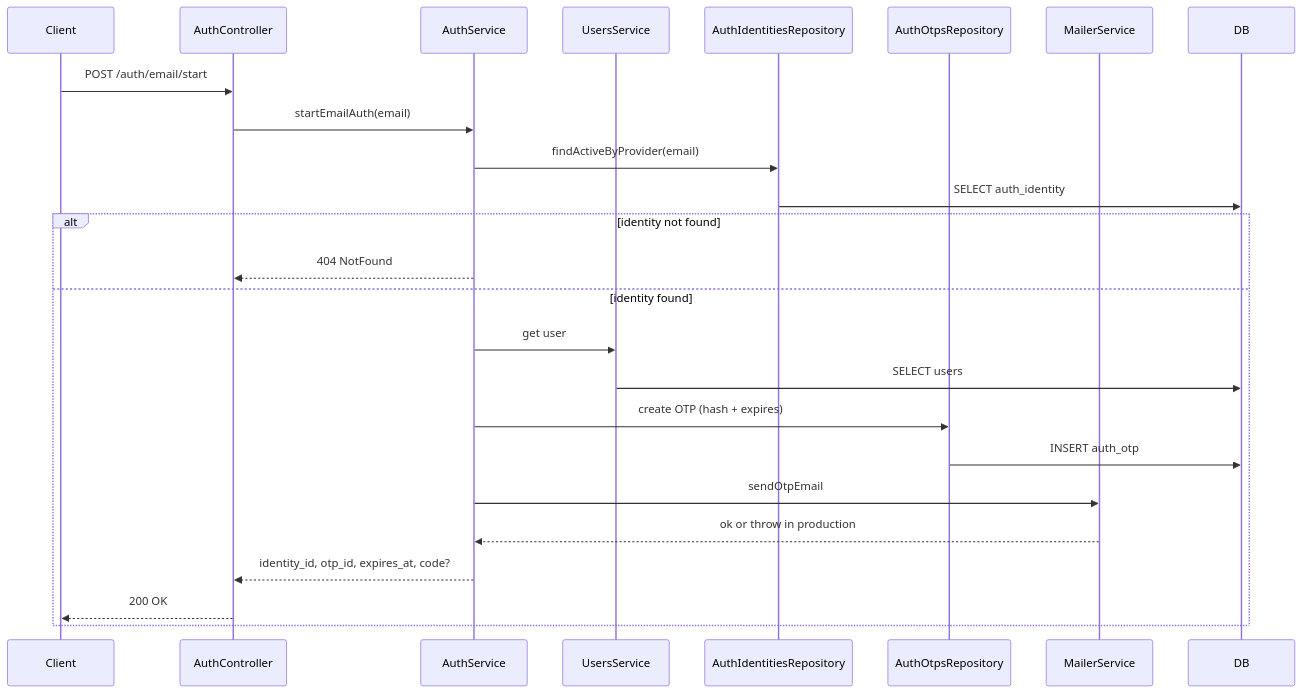
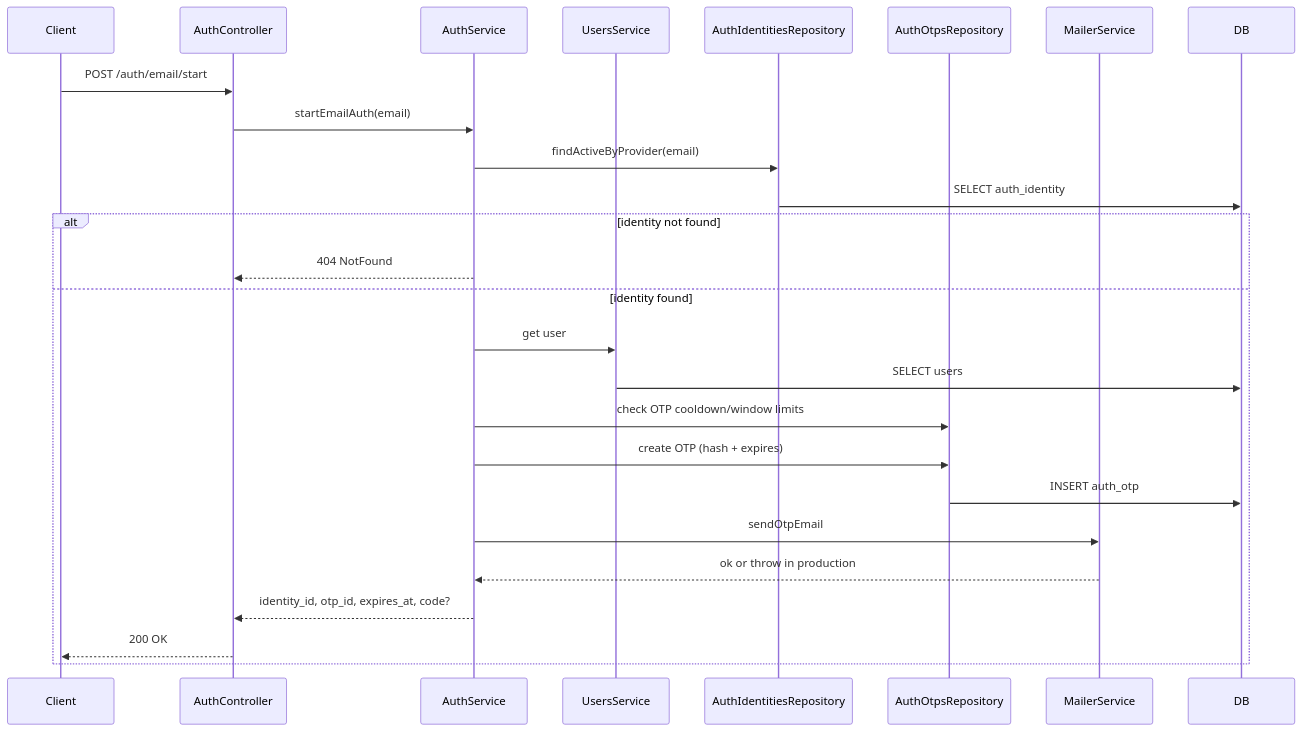
The third of 6 diagrams in docs/security/authentication.md (chepuhasasha/local), drawn with Mermaid before and after one commit. The commit also changed other lines of this file and 26 other files, not shown here.

````diff
--- a/docs/security/authentication.md
+++ b/docs/security/authentication.md
@@ -95,28 +96,29 @@
 ```mermaid
 sequenceDiagram
   participant Client
   participant AuthController
   participant AuthService
   participant UsersService
   participant AuthIdentitiesRepository
   participant AuthOtpsRepository
   participant MailerService
   participant DB
 
   Client->>AuthController: POST /auth/email/start
   AuthController->>AuthService: startEmailAuth(email)
   AuthService->>AuthIdentitiesRepository: findActiveByProvider(email)
   AuthIdentitiesRepository->>DB: SELECT auth_identity
   alt identity not found
     AuthService-->>AuthController: 404 NotFound
   else identity found
     AuthService->>UsersService: get user
     UsersService->>DB: SELECT users
+    AuthService->>AuthOtpsRepository: check OTP cooldown/window limits
     AuthService->>AuthOtpsRepository: create OTP (hash + expires)
     AuthOtpsRepository->>DB: INSERT auth_otp
     AuthService->>MailerService: sendOtpEmail
     MailerService-->>AuthService: ok or throw in production
     AuthService-->>AuthController: identity_id, otp_id, expires_at, code?
     AuthController-->>Client: 200 OK
   end
 ```
````
